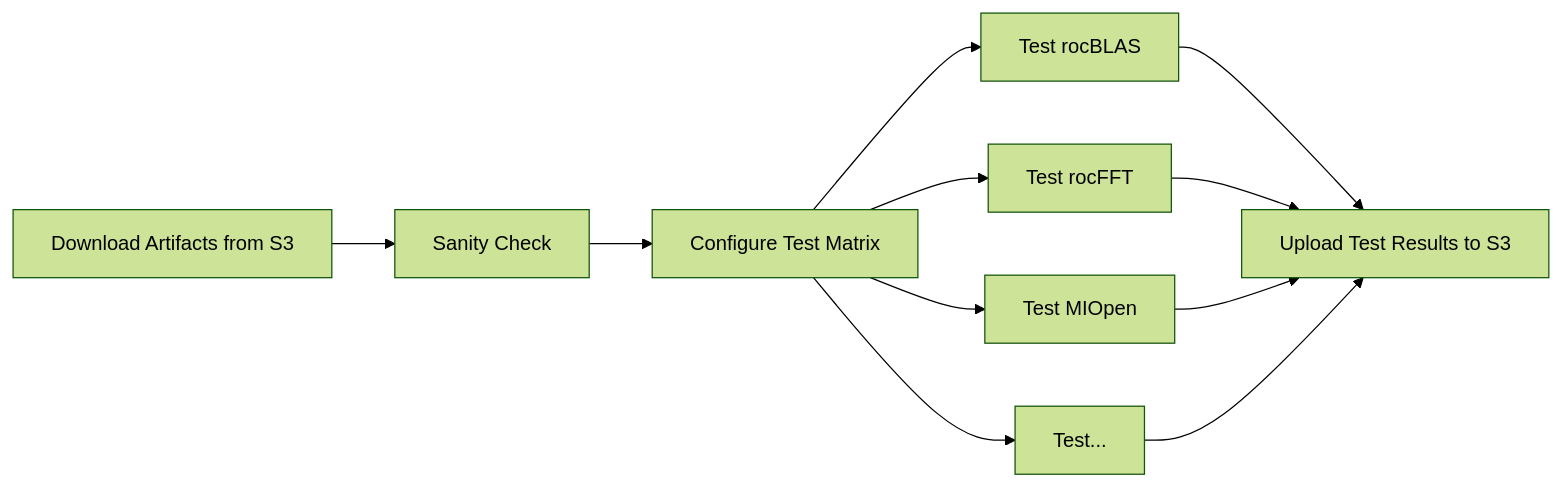
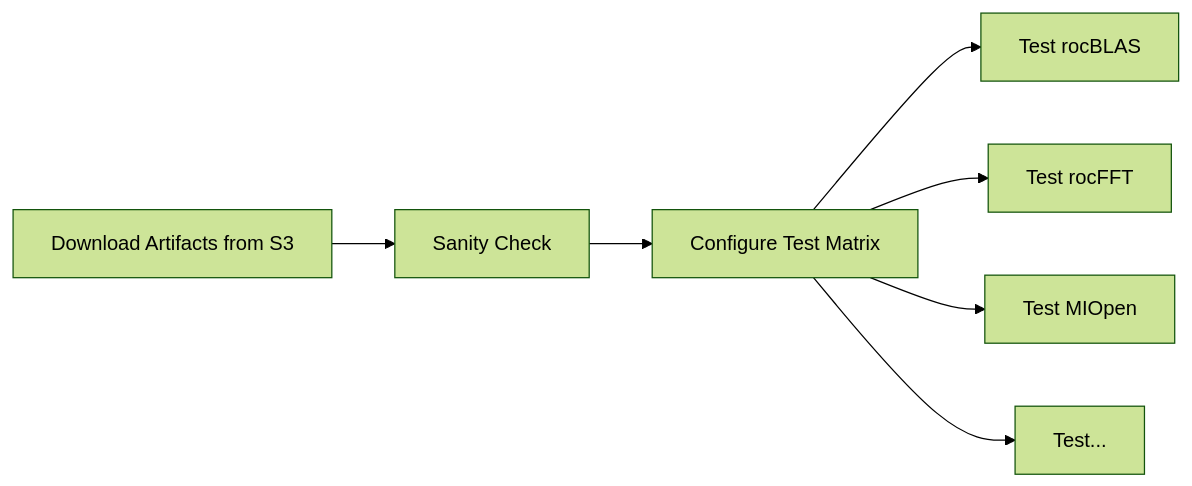
One commit to ROCm/TheRock changed the third of 3 diagrams in docs/development/ci_overview.md. Above: the diagram before and after it, drawn with Mermaid (forest theme). The commit also changed other lines of this file, not shown here.

First line of the commit message:
Remove test data/datasets and repository organization sections

````diff
--- a/docs/development/ci_overview.md
+++ b/docs/development/ci_overview.md
@@ -90,13 +90,9 @@
 ```mermaid
 graph LR
     A[Download Artifacts from S3] --> B[Sanity Check]
     B --> C[Configure Test Matrix]
     C --> D1[Test rocBLAS]
     C --> D2[Test rocFFT]
     C --> D3[Test MIOpen]
     C --> D4[Test...]
-    D1 --> E[Upload Test Results to S3]
-    D2 --> E
-    D3 --> E
-    D4 --> E
 ```
````
